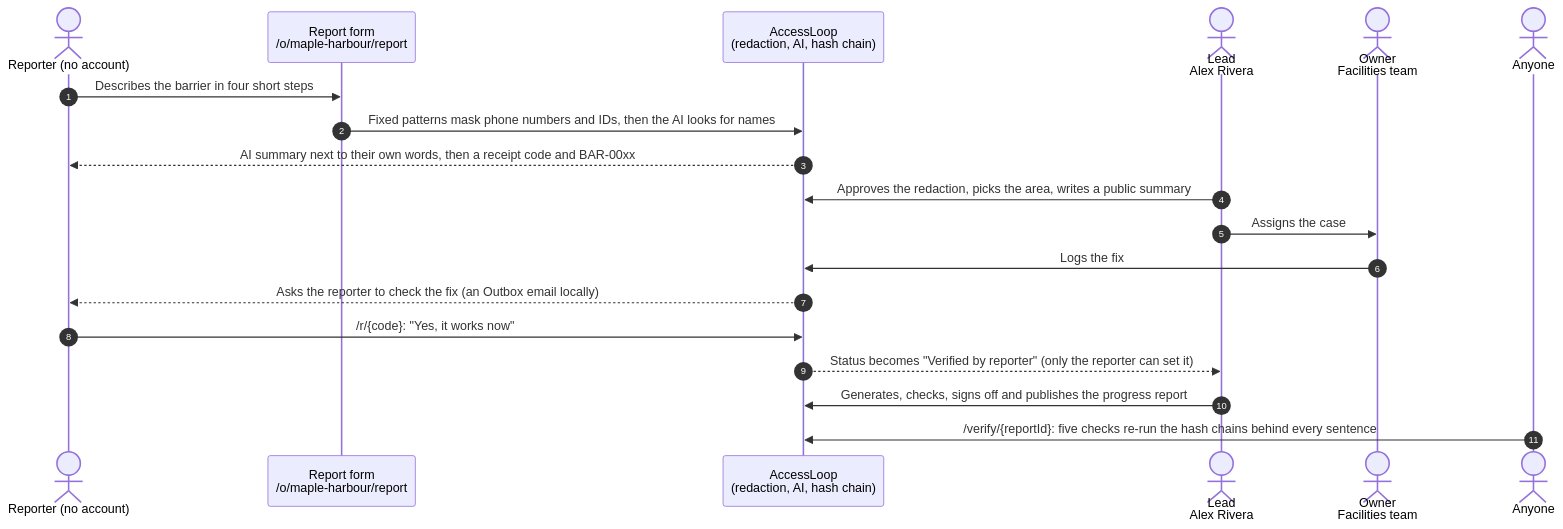
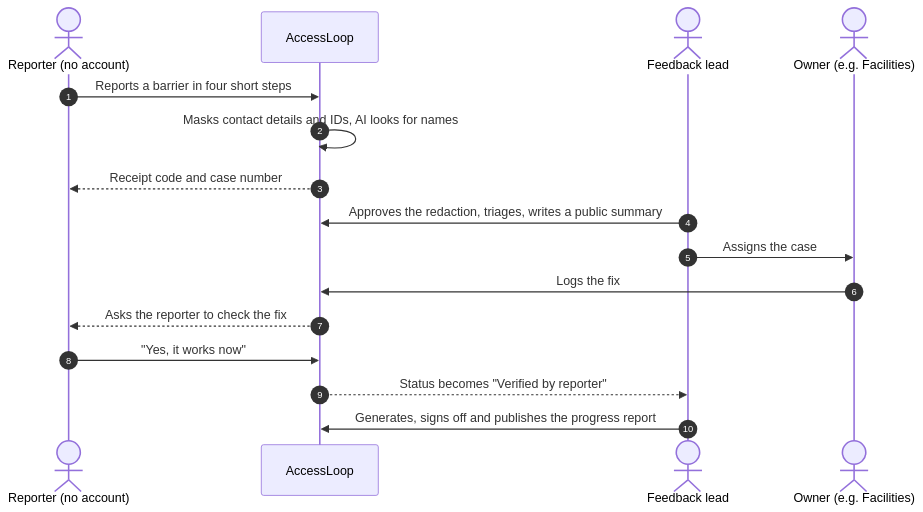
The diagram in README.md (AccessLoopAI/AccessLoop), drawn with Mermaid before and after one commit. The commit also changed other lines of this file and 1 other file, not shown here.

````diff
--- a/README.md
+++ b/README.md
@@ -50,22 +17,19 @@
 ```mermaid
 sequenceDiagram
   autonumber
   actor R as Reporter (no account)
-  participant F as Report form<br/>/o/maple-harbour/report
-  participant AL as AccessLoop<br/>(redaction, AI, hash chain)
-  actor L as Lead<br/>Alex Rivera
-  actor O as Owner<br/>Facilities team
-  actor P as Anyone
+  participant A as AccessLoop
+  actor L as Feedback lead
+  actor O as Owner (e.g. Facilities)
 
-  R->>F: Describes the barrier in four short steps
-  F->>AL: Fixed patterns mask phone numbers and IDs, then the AI looks for names
-  AL-->>R: AI summary next to their own words, then a receipt code and BAR-00xx
-  L->>AL: Approves the redaction, picks the area, writes a public summary
+  R->>A: Reports a barrier in four short steps
+  A->>A: Masks contact details and IDs, AI looks for names
+  A-->>R: Receipt code and case number
+  L->>A: Approves the redaction, triages, writes a public summary
   L->>O: Assigns the case
-  O->>AL: Logs the fix
-  AL-->>R: Asks the reporter to check the fix (an Outbox email locally)
-  R->>AL: /r/{code}: "Yes, it works now"
-  AL-->>L: Status becomes "Verified by reporter" (only the reporter can set it)
-  L->>AL: Generates, checks, signs off and publishes the progress report
-  P->>AL: /verify/{reportId}: five checks re-run the hash chains behind every sentence
+  O->>A: Logs the fix
+  A-->>R: Asks the reporter to check the fix
+  R->>A: "Yes, it works now"
+  A-->>L: Status becomes "Verified by reporter"
+  L->>A: Generates, signs off and publishes the progress report
 ```
````
